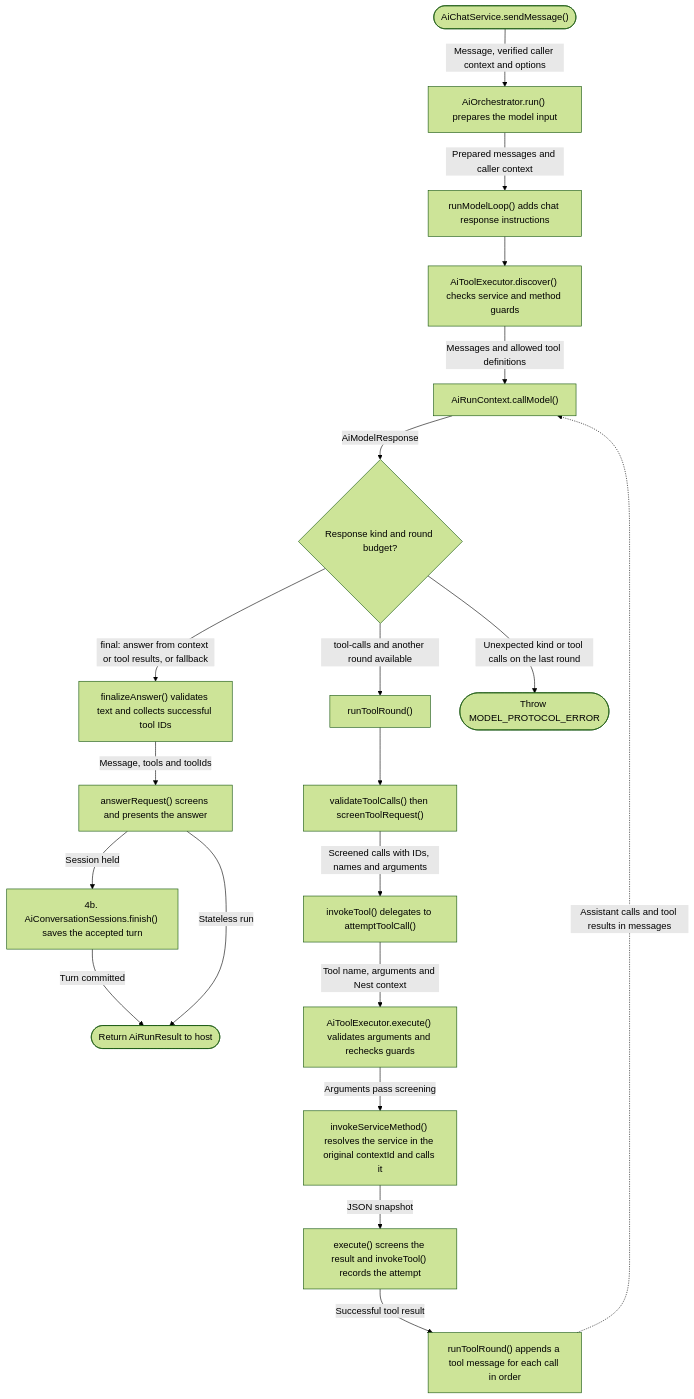
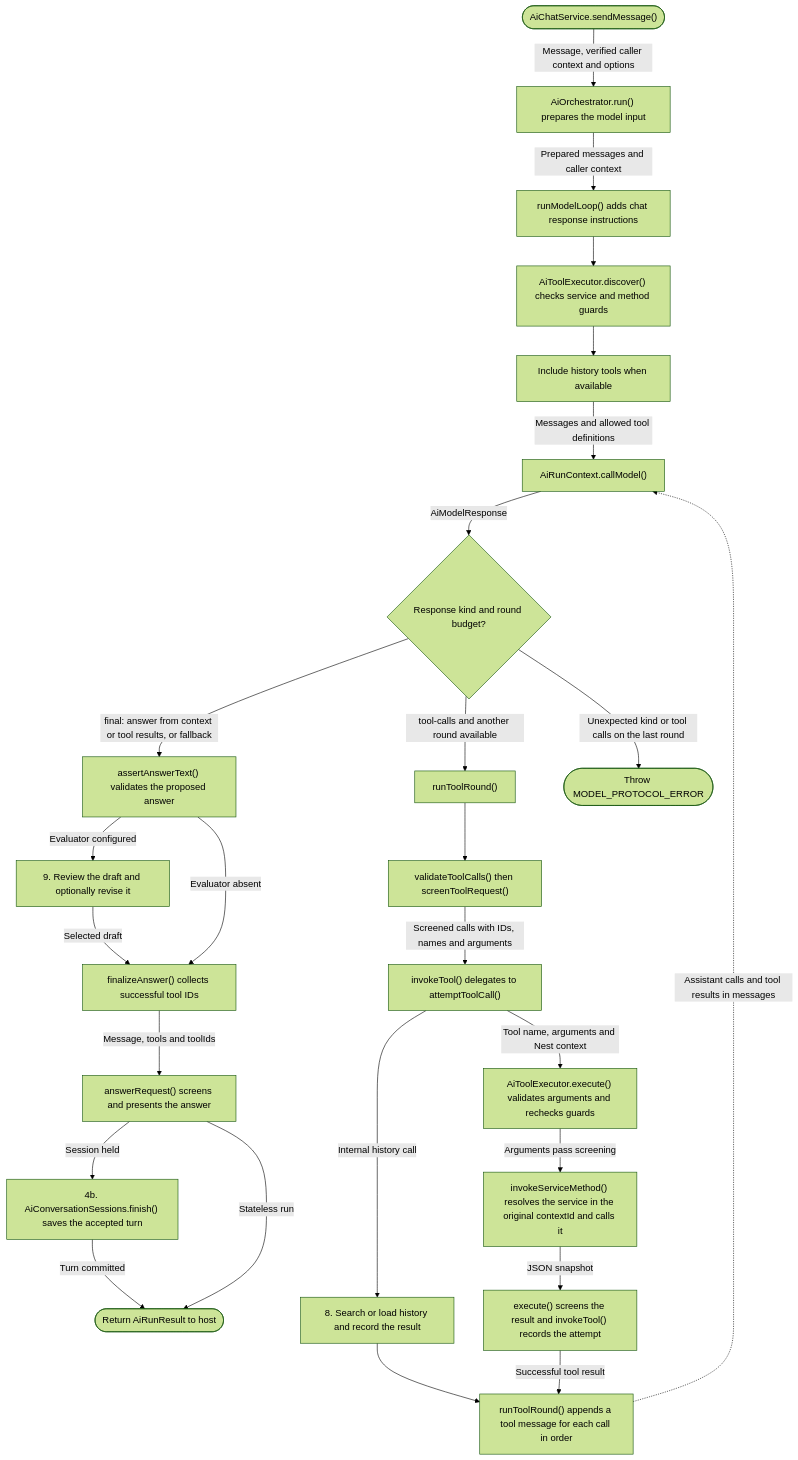
One commit to smthspecial/nest-ai-middleware changed the third of 11 diagrams in .spec/technical/arch/arch-003.md. Above: the diagram before and after it, drawn with Mermaid (forest theme). The commit also changed other lines of this file and 15 other files, not shown here.

````diff
--- a/.spec/technical/arch/arch-003.md
+++ b/.spec/technical/arch/arch-003.md
@@ -67,22 +72,28 @@
 ```mermaid
 flowchart TD
     Host(["AiChatService.sendMessage()"]) -->|Message, verified caller context and options| Run["AiOrchestrator.run() prepares the model input"]
     Run -->|Prepared messages and caller context| Start["runModelLoop() adds chat response instructions"]
     Start --> Discover["AiToolExecutor.discover() checks service and method guards"]
-    Discover -->|Messages and allowed tool definitions| Model["AiRunContext.callModel()"]
+    Discover --> Merge["Include history tools when available"]
+    Merge -->|Messages and allowed tool definitions| Model["AiRunContext.callModel()"]
     Model -->|AiModelResponse| Kind{"Response kind and round budget?"}
-    Kind -->|"final: answer from context or tool results, or fallback"| Final["finalizeAnswer() validates text and collects successful tool IDs"]
-    Final -->|Message, tools and toolIds| Present["answerRequest() screens and presents the answer"]
+    Kind -->|"final: answer from context or tool results, or fallback"| Final["assertAnswerText() validates the proposed answer"]
+    Final -->|Evaluator configured| Review["9. Review the draft and optionally revise it"]
+    Review -->|Selected draft| Assemble["finalizeAnswer() collects successful tool IDs"]
+    Final -->|Evaluator absent| Assemble
+    Assemble -->|Message, tools and toolIds| Present["answerRequest() screens and presents the answer"]
     Present -->|Session held| Save["4b. AiConversationSessions.finish() saves the accepted turn"]
     Save -->|Turn committed| Reply(["Return AiRunResult to host"])
     Present -->|Stateless run| Reply
     Kind -->|tool-calls and another round available| ToolRound["runToolRound()"]
     ToolRound --> Screen["validateToolCalls() then screenToolRequest()"]
     Kind -->|Unexpected kind or tool calls on the last round| Error(["Throw MODEL_PROTOCOL_ERROR"])
     Screen -->|Screened calls with IDs, names and arguments| Invoke["invokeTool() delegates to attemptToolCall()"]
+    Invoke -->|Internal history call| Recall["8. Search or load history and record the result"]
+    Recall --> Append
     Invoke -->|Tool name, arguments and Nest context| Execute["AiToolExecutor.execute() validates arguments and rechecks guards"]
     Execute -->|Arguments pass screening| Service["invokeServiceMethod() resolves the service in the original contextId and calls it"]
     Service -->|JSON snapshot| Result["execute() screens the result and invokeTool() records the attempt"]
     Result -->|Successful tool result| Append["runToolRound() appends a tool message for each call in order"]
     Append -.->|Assistant calls and tool results in messages| Model
 ```
````
